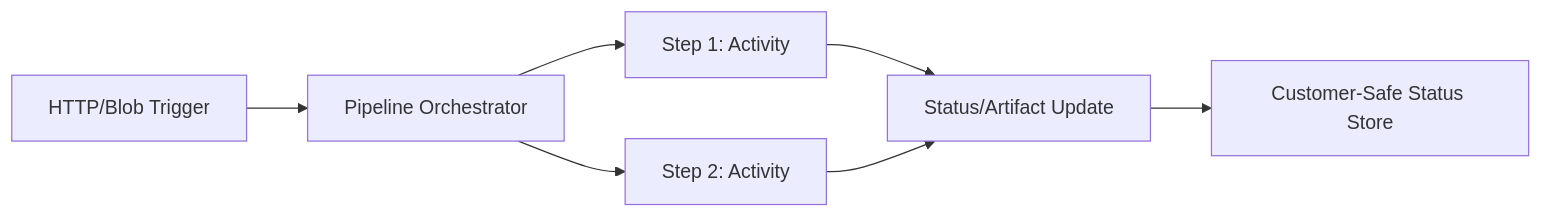
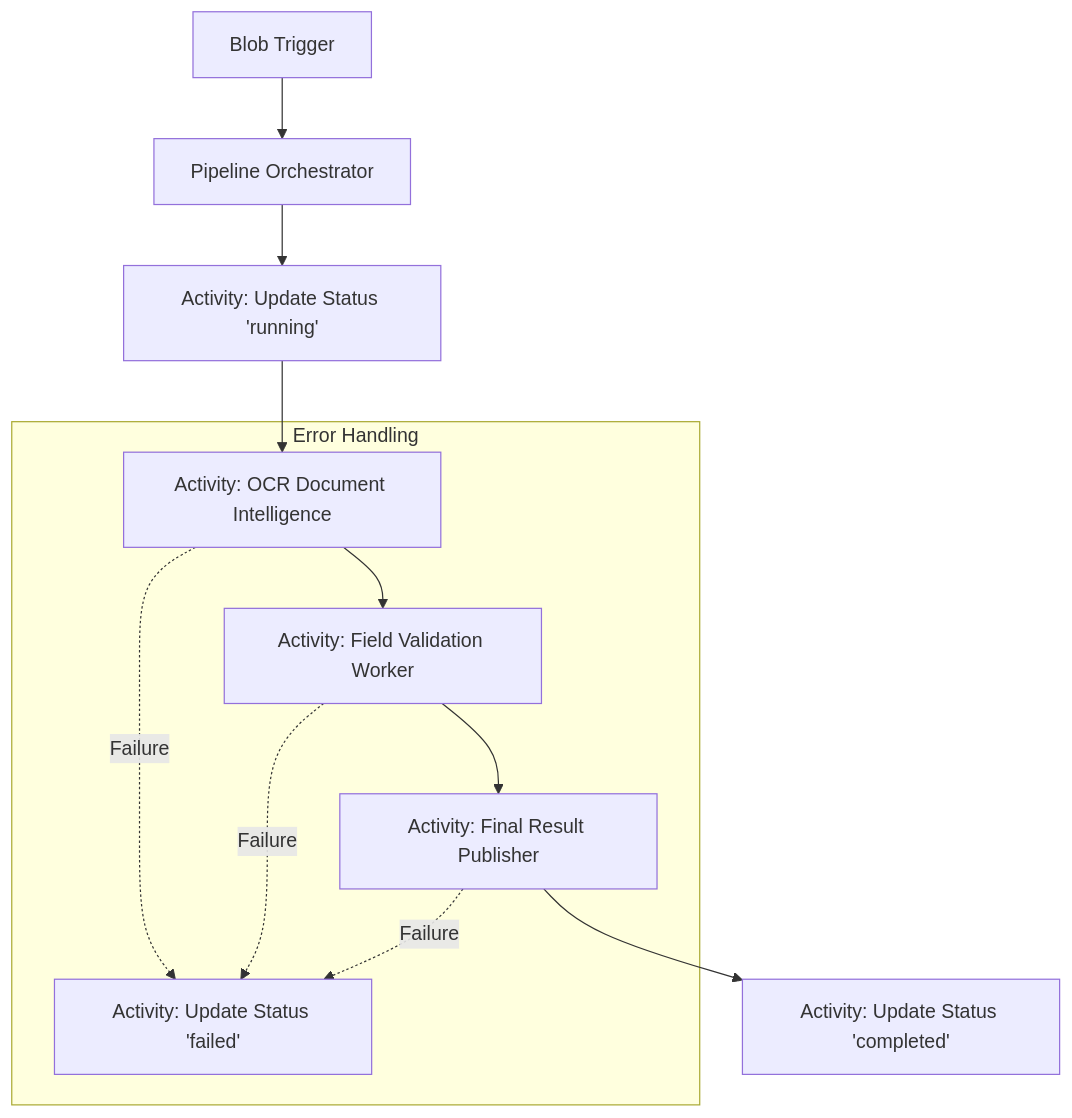
The diagram in building-blocks/pipelines/durable-basic-pipeline/README.md (wildersa/azure_ref_kit), drawn with Mermaid before and after one commit. The commit also changed 7 other files, not shown here.

First line of the commit message:
feat: implement Durable pipeline runtime for document-ai

````diff
--- a/building-blocks/pipelines/durable-basic-pipeline/README.md
+++ b/building-blocks/pipelines/durable-basic-pipeline/README.md
@@ -9,9 +9,15 @@
 ```mermaid
-flowchart LR
-    Trigger[HTTP/Blob Trigger] --> Orchestrator[Pipeline Orchestrator]
-    Orchestrator --> Activity1[Step 1: Activity]
-    Orchestrator --> Activity2[Step 2: Activity]
-    Activity1 --> StatusUpdate[Status/Artifact Update]
-    Activity2 --> StatusUpdate
-    StatusUpdate --> CustomerStatus[Customer-Safe Status Store]
+flowchart TD
+    Trigger[Blob Trigger] --> Orchestrator[Pipeline Orchestrator]
+    Orchestrator --> Init[Activity: Update Status 'running']
+    Init --> OCR[Activity: OCR Document Intelligence]
+    OCR --> Val[Activity: Field Validation Worker]
+    Val --> Pub[Activity: Final Result Publisher]
+    Pub --> Final[Activity: Update Status 'completed']
+
+    subgraph Error Handling
+        OCR -.->|Failure| Fail[Activity: Update Status 'failed']
+        Val -.->|Failure| Fail
+        Pub -.->|Failure| Fail
+    end
 ```
````
